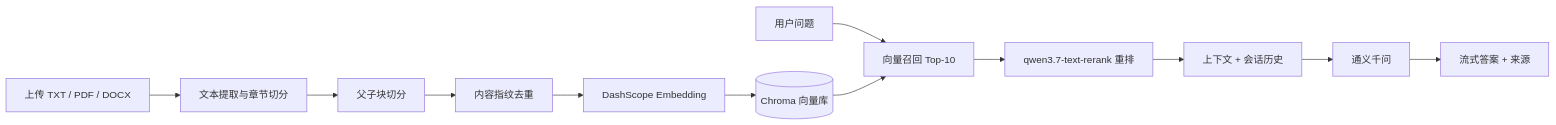
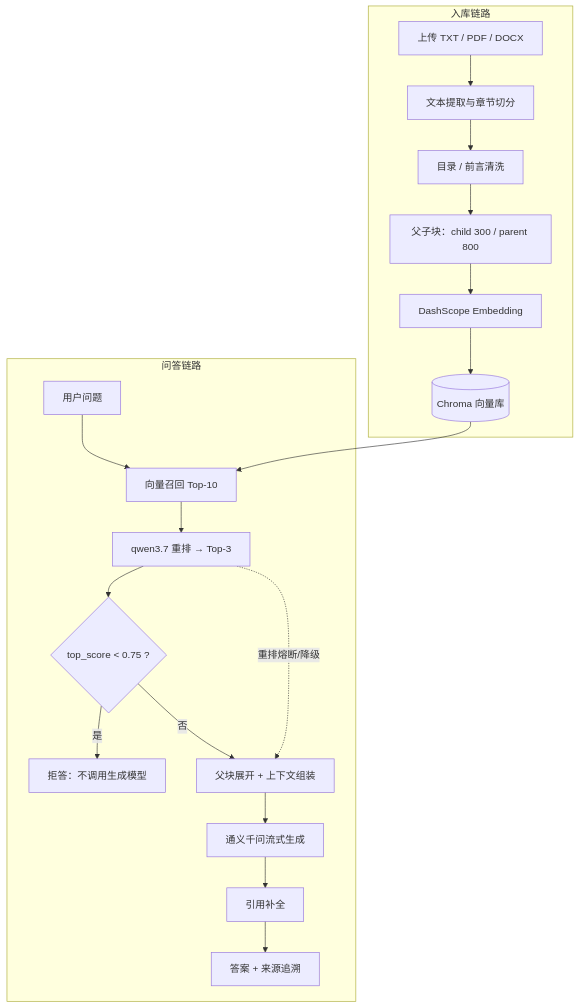
One commit to DL-DET/industrial-rag-assistant changed the diagram in README.md. Above: the diagram before and after it, drawn with Mermaid. The commit also changed other lines of this file and 3 other files, not shown here.

First line of the commit message:
docs: refresh README with final metrics, architecture and demo script

````diff
--- a/README.md
+++ b/README.md
@@ -450,14 +471,23 @@
 ```mermaid
-flowchart LR
-    A[上传 TXT / PDF / DOCX] --> B[文本提取与章节切分]
-    B --> P[父子块切分]
-    P --> C[内容指纹去重]
-    C --> D[DashScope Embedding]
-    D --> E[(Chroma 向量库)]
-    F[用户问题] --> G[向量召回 Top-10]
-    E --> G
-    G --> R[qwen3.7-text-rerank 重排]
-    R --> H[上下文 + 会话历史]
-    H --> I[通义千问]
-    I --> J[流式答案 + 来源]
+flowchart TB
+    subgraph ingest["入库链路"]
+        A[上传 TXT / PDF / DOCX] --> B[文本提取与章节切分]
+        B --> C[目录 / 前言清洗]
+        C --> P[父子块：child 300 / parent 800]
+        P --> D[DashScope Embedding]
+        D --> E[(Chroma 向量库)]
+    end
+
+    subgraph qa["问答链路"]
+        F[用户问题] --> G[向量召回 Top-10]
+        E --> G
+        G --> R[qwen3.7 重排 → Top-3]
+        R --> S{top_score < 0.75 ?}
+        S -->|是| X[拒答：不调用生成模型]
+        S -->|否| H[父块展开 + 上下文组装]
+        R -.重排熔断/降级.-> H
+        H --> I[通义千问流式生成]
+        I --> J[引用补全]
+        J --> K[答案 + 来源追溯]
+    end
 ```
````
